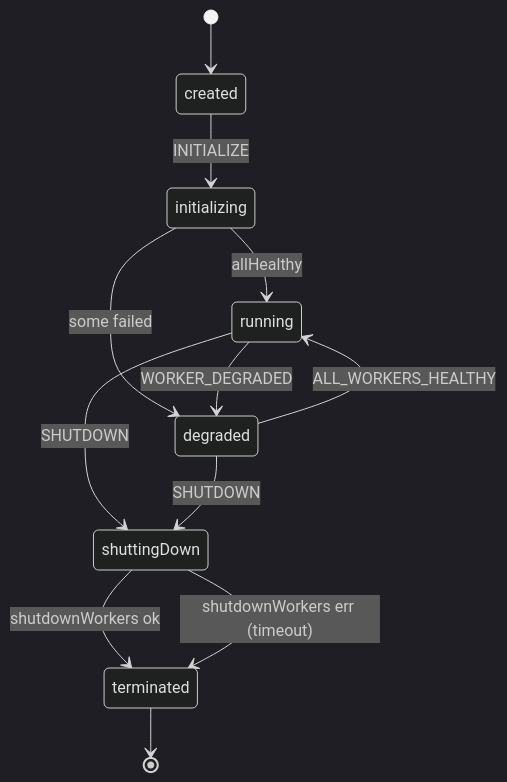
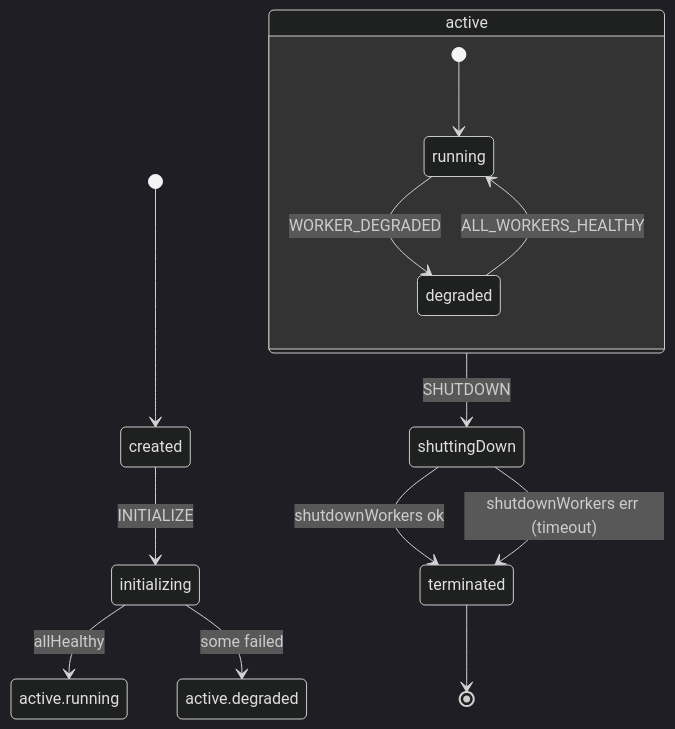
One commit to uraitakahito/browserhive changed the second of 3 diagrams in README.md. Above: the diagram before and after it, drawn with Mermaid (dark theme). The commit also changed other lines of this file, not shown here.

Commit message:
update Coordinator Lifecycle diagram for compound `active`
Mermaid stateDiagram-v2 now nests running/degraded inside an `active`
compound state, matching the machine. Surrounding prose clarifies that
watchWorkerHealth and SHUTDOWN are tied to `active` rather than its
substates, and that `submitCapture` is accepted while in any `active.*`
substate.

````diff
--- a/README.md
+++ b/README.md
@@ -76,14 +81,18 @@
 ```mermaid
 stateDiagram-v2
     [*] --> created
     created --> initializing : INITIALIZE
-    initializing --> running : allHealthy
-    initializing --> degraded : some failed
-    running --> degraded : WORKER_DEGRADED
-    degraded --> running : ALL_WORKERS_HEALTHY
-    running --> shuttingDown : SHUTDOWN
-    degraded --> shuttingDown : SHUTDOWN
+    initializing --> active.running : allHealthy
+    initializing --> active.degraded : some failed
+
+    state active {
+        [*] --> running
+        running --> degraded : WORKER_DEGRADED
+        degraded --> running : ALL_WORKERS_HEALTHY
+    }
+
+    active --> shuttingDown : SHUTDOWN
     shuttingDown --> terminated : shutdownWorkers ok
     shuttingDown --> terminated : shutdownWorkers err (timeout)
     terminated --> [*]
 ```
````
